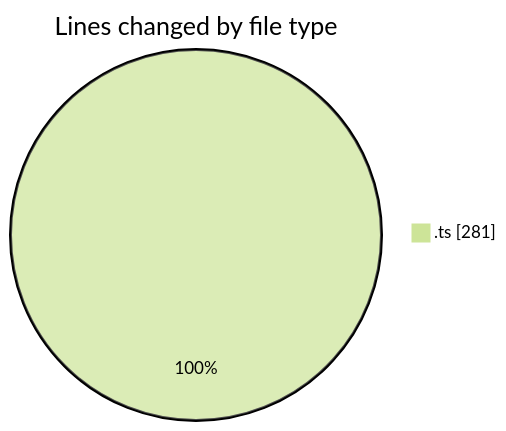
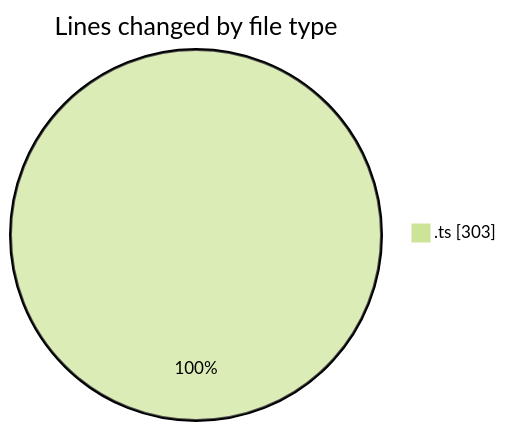
The first of 2 diagrams in 2026-03-31/cinema/README.md (igalym/code-tracking), drawn with Mermaid (forest theme) before and after one commit. The commit also changed other lines of this file and 1 other file, not shown here.

````diff
--- a/2026-03-31/cinema/README.md
+++ b/2026-03-31/cinema/README.md
@@ -32,5 +32,5 @@
 ```mermaid
 pie showData
 title Lines changed by file type
-".ts" : 281
+".ts" : 303
 ```
````
